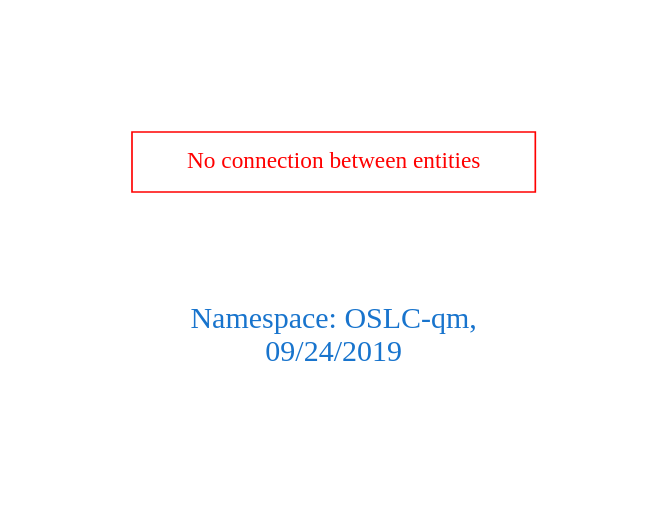
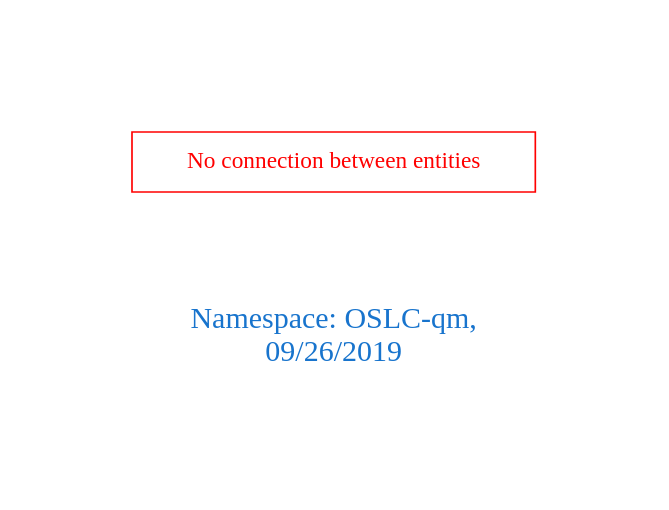
The diagram in downloads/OSLC-qm.dot (arago/OGIT), drawn with Graphviz before and after one commit. The commit also changed 148 other files, not shown here.

```diff
--- a/downloads/OSLC-qm.dot
+++ b/downloads/OSLC-qm.dot
@@ -1,9 +1,9 @@
 digraph OGIT_ontology {
  graph [ rankdir= LR,pad=1 
 fontsize = 18,
-fontcolor= dodgerblue3,label = "\n\n\nNamespace: OSLC-qm, \n 09/24/2019"];
+fontcolor= dodgerblue3,label = "\n\n\nNamespace: OSLC-qm, \n 09/26/2019"];
 node[shape=polygon];
 edge [  color="gray81"];
 
 "No connection between entities" [fontcolor = "red",color="red", shape="polygon"]
 }
```
